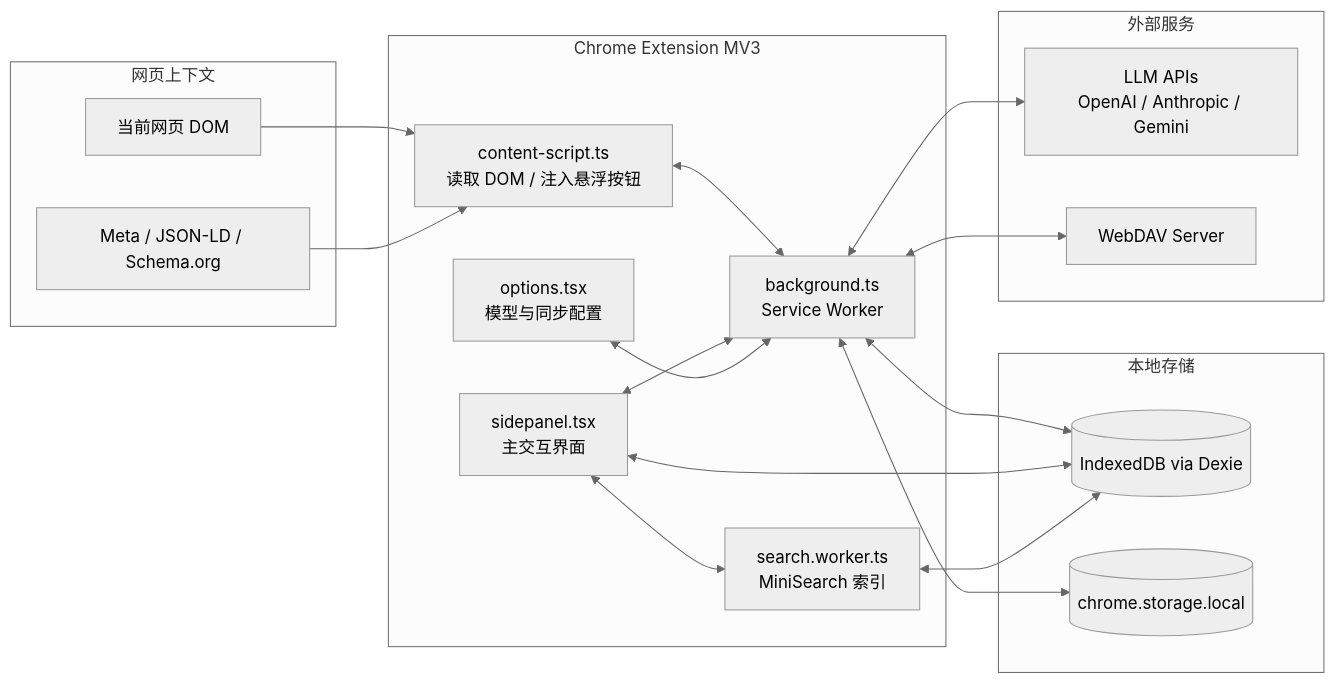
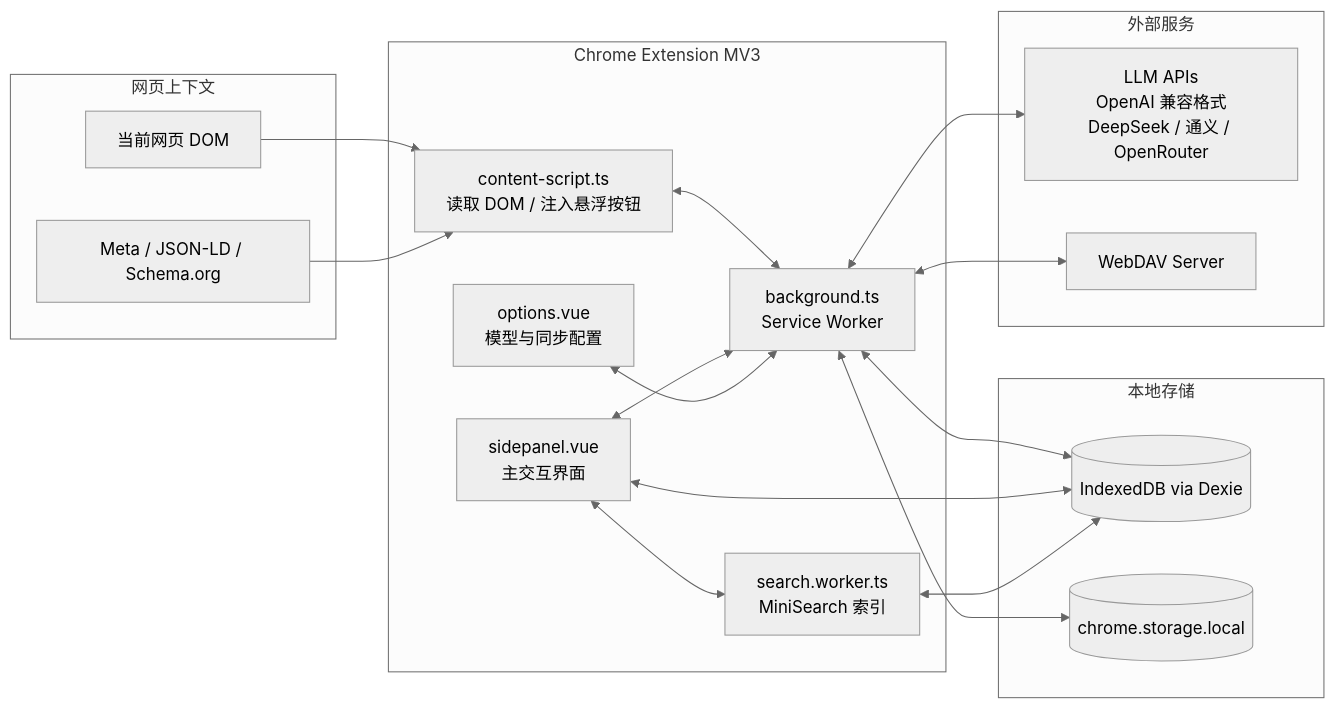
Before and after one commit to qqlcx5/ai-reader: the second of 14 diagrams in doc/detail.md, drawn with Mermaid (neutral theme). The commit also changed other lines of this file and 10 other files, not shown here.

````diff
--- a/doc/detail.md
+++ b/doc/detail.md
@@ -91,42 +84,42 @@
 ```mermaid
 flowchart LR
   subgraph Page[网页上下文]
     DOM[当前网页 DOM]
     PageMeta[Meta / JSON-LD / Schema.org]
   end
 
   subgraph Extension[Chrome Extension MV3]
     ContentScript[content-script.ts<br/>读取 DOM / 注入悬浮按钮]
     Background[background.ts<br/>Service Worker]
-    SidePanel[sidepanel.tsx<br/>主交互界面]
-    Options[options.tsx<br/>模型与同步配置]
+    SidePanel[sidepanel.vue<br/>主交互界面]
+    Options[options.vue<br/>模型与同步配置]
     Worker[search.worker.ts<br/>MiniSearch 索引]
   end
 
   subgraph Storage[本地存储]
     IndexedDB[(IndexedDB via Dexie)]
     ChromeStorage[(chrome.storage.local)]
   end
 
   subgraph External[外部服务]
-    LLM[LLM APIs<br/>OpenAI / Anthropic / Gemini]
+    LLM[LLM APIs<br/>OpenAI 兼容格式<br/>DeepSeek / 通义 / OpenRouter]
     WebDAV[WebDAV Server]
   end
 
   DOM --> ContentScript
   PageMeta --> ContentScript
 
   ContentScript <--> Background
   SidePanel <--> Background
   Options <--> Background
 
   Background <--> IndexedDB
   Background <--> ChromeStorage
 
   SidePanel <--> IndexedDB
   SidePanel <--> Worker
   Worker <--> IndexedDB
 
   Background <--> LLM
   Background <--> WebDAV
 ```
````
